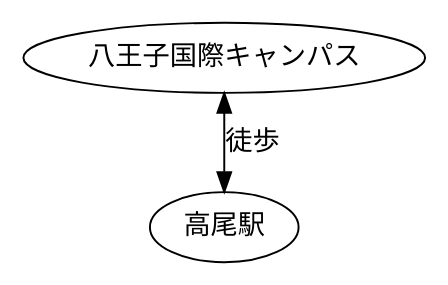
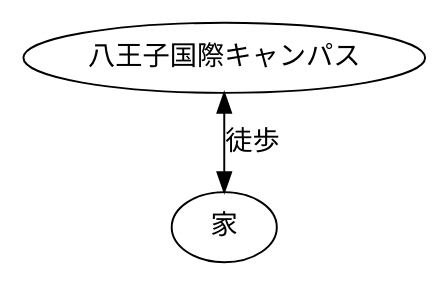
Before and after one commit to DCS-1-301-02-2025/cl-group-b08: the diagram in route02.md, drawn with Graphviz. The commit also changed other lines of this file, not shown here.

Commit message:
利根川の経路

````diff
--- a/route02.md
+++ b/route02.md
@@ -5,7 +5,7 @@
 ```graphviz
 digraph {
     edge [dir=both]
-    八王子国際キャンパス -> 高尾駅 [label=徒歩]
+    八王子国際キャンパス -> 家 [label=徒歩]
     
 }
 ```
````
